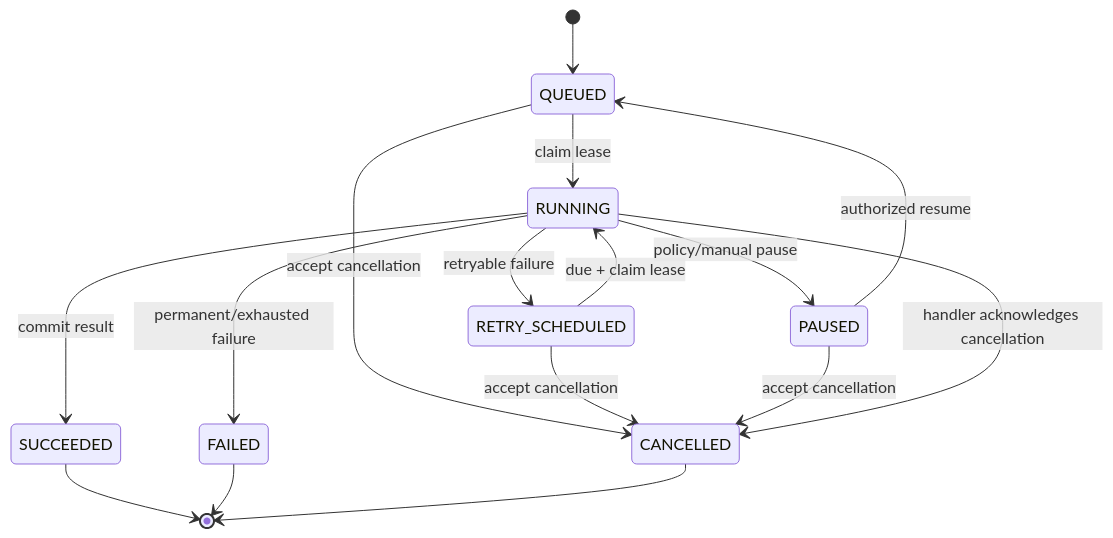
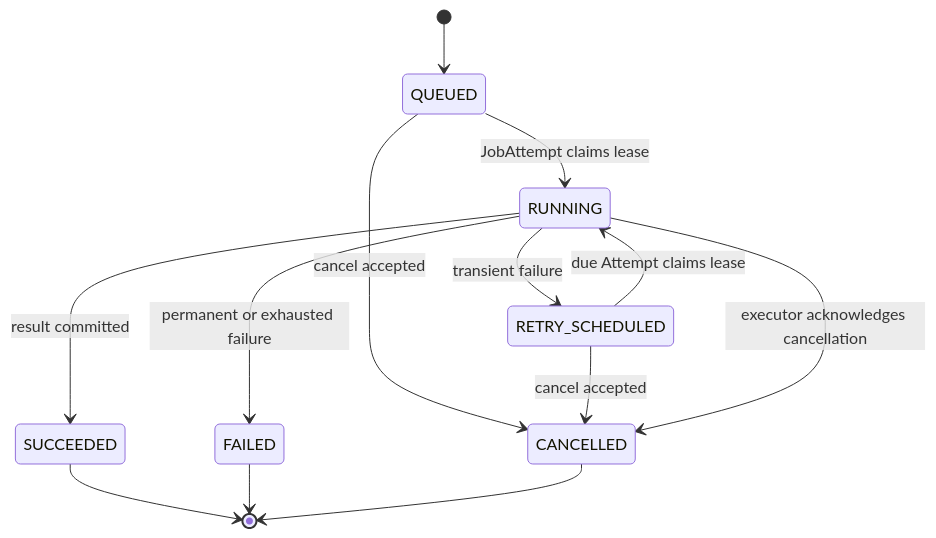
One commit to yinmingdi/sylis changed the diagram in docs/overview/refactor/architecture/background-jobs.md. Above: the diagram before and after it, drawn with Mermaid. The commit also changed other lines of this file and 1856 other files, not shown here.

Commit message:
refactor: rebuild Sylis platform architecture

````diff
--- a/docs/overview/refactor/architecture/background-jobs.md
+++ b/docs/overview/refactor/architecture/background-jobs.md
@@ -13,18 +11,15 @@
 ```mermaid
 stateDiagram-v2
   [*] --> QUEUED
-  QUEUED --> RUNNING: claim lease
-  RETRY_SCHEDULED --> RUNNING: due + claim lease
-  RUNNING --> RETRY_SCHEDULED: retryable failure
-  RUNNING --> PAUSED: policy/manual pause
-  PAUSED --> QUEUED: authorized resume
-  QUEUED --> CANCELLED: accept cancellation
-  RETRY_SCHEDULED --> CANCELLED: accept cancellation
-  PAUSED --> CANCELLED: accept cancellation
-  RUNNING --> CANCELLED: handler acknowledges cancellation
-  RUNNING --> SUCCEEDED: commit result
-  RUNNING --> FAILED: permanent/exhausted failure
+  QUEUED --> RUNNING: JobAttempt claims lease
+  RETRY_SCHEDULED --> RUNNING: due Attempt claims lease
+  RUNNING --> RETRY_SCHEDULED: transient failure
+  QUEUED --> CANCELLED: cancel accepted
+  RETRY_SCHEDULED --> CANCELLED: cancel accepted
+  RUNNING --> CANCELLED: executor acknowledges cancellation
+  RUNNING --> SUCCEEDED: result committed
+  RUNNING --> FAILED: permanent or exhausted failure
   SUCCEEDED --> [*]
   FAILED --> [*]
   CANCELLED --> [*]
 ```
````
